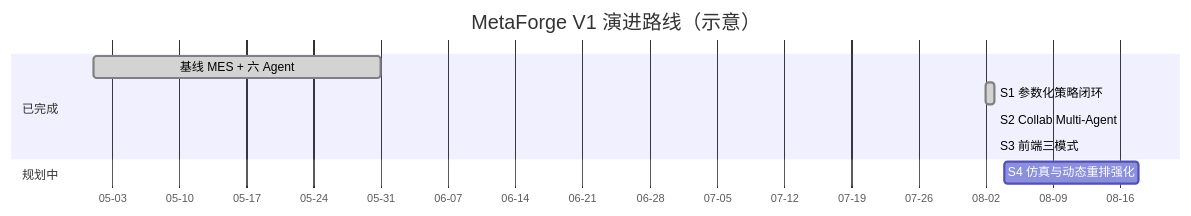
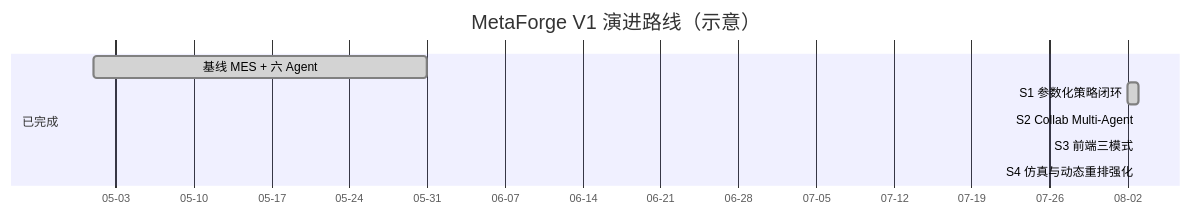
One commit to earlymessi/metaforge_agent changed the second of 6 diagrams in README.md. Above: the diagram before and after it, drawn with Mermaid. The commit also changed other lines of this file and 5 other files, not shown here.

````diff
--- a/README.md
+++ b/README.md
@@ -58,13 +58,12 @@
 ```mermaid
 gantt
     title MetaForge V1 演进路线（示意）
     dateFormat  YYYY-MM-DD
     axisFormat  %m-%d
     section 已完成
     基线 MES + 六 Agent           :done, 2026-05-01, 2026-05-31
     S1 参数化策略闭环             :done, 2026-08-02, 2026-08-03
     S2 Collab Multi-Agent         :done, 2026-08-03, 2026-08-03
     S3 前端三模式                 :done, 2026-08-03, 2026-08-03
-    section 规划中
-    S4 仿真与动态重排强化         :2026-08-04, 14d
+    S4 仿真与动态重排强化         :done, 2026-08-03, 2026-08-03
 ```
````
